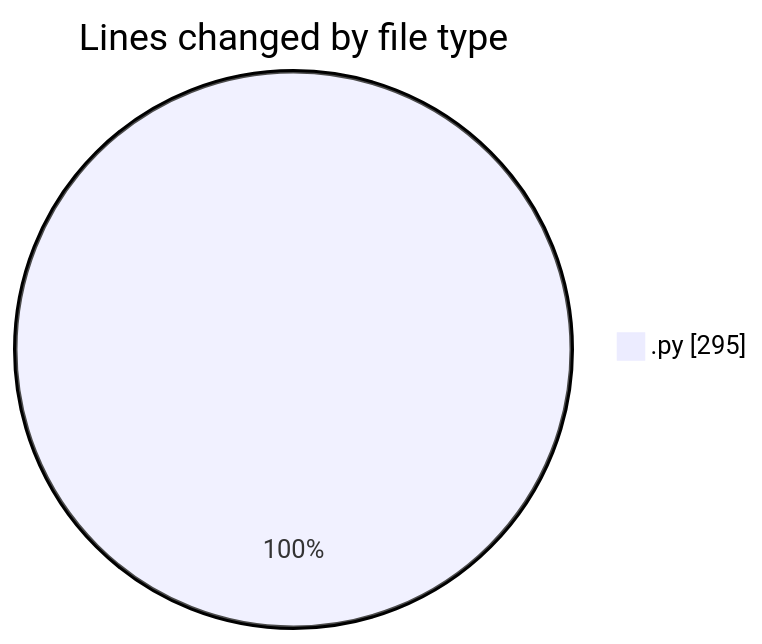
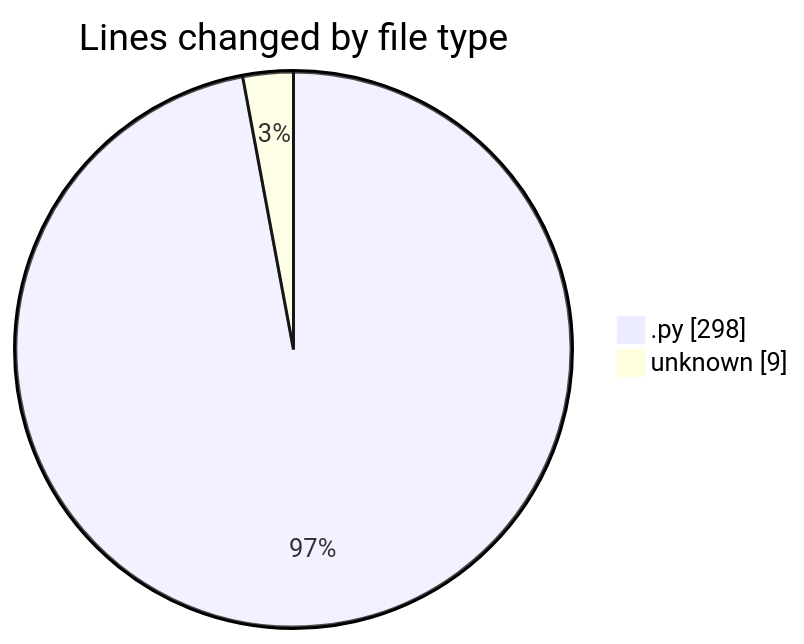
The first of 2 diagrams in 2025-02-13/samplepdf/README.md (momahboobian/code-tracking), drawn with Mermaid before and after one commit. The commit also changed other lines of this file and 1 other file, not shown here.

````diff
--- a/2025-02-13/samplepdf/README.md
+++ b/2025-02-13/samplepdf/README.md
@@ -25,5 +26,6 @@
 ```mermaid
 pie showData
 title Lines changed by file type
-".py" : 295
+".py" : 298
+"unknown" : 9
 ```
````
